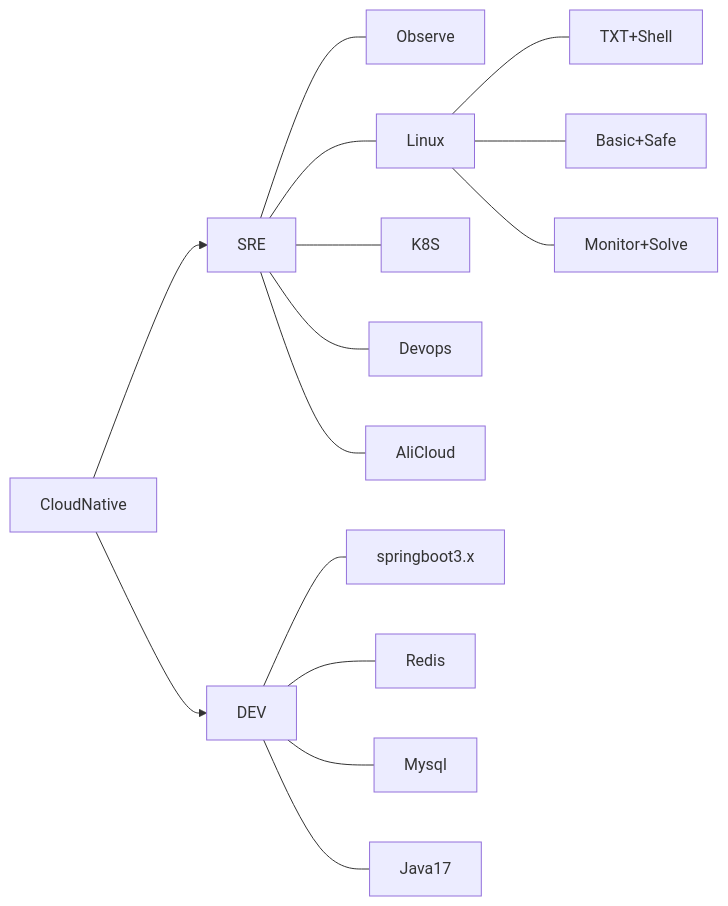
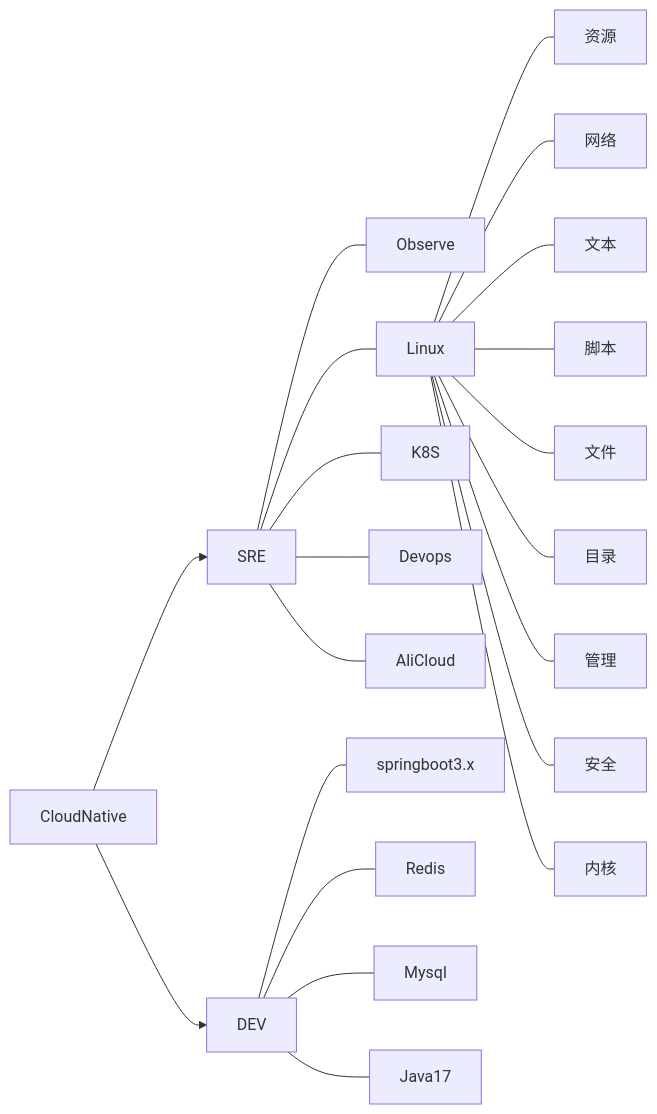
One commit to ZZZZTI/Cloud-Native-knowledge changed the diagram in README.md. Above: the diagram before and after it, drawn with Mermaid.

Commit message:
routinely commit

````diff
--- a/README.md
+++ b/README.md
@@ -9,20 +9,26 @@
 ```mermaid
 graph LR
     CloudNative --> SRE
     CloudNative --> DEV
 
     SRE --- Observe
     SRE --- Linux
     SRE --- K8S
     SRE --- Devops
     SRE --- AliCloud
 
     DEV --- springboot3.x
     DEV --- Redis
     DEV --- Mysql
     DEV --- Java17
     
-    Linux --- TXT+Shell
-    Linux --- Basic+Safe
-    Linux --- Monitor+Solve
+    Linux --- 资源
+    Linux --- 网络
+    Linux --- 文本
+    Linux --- 脚本
+    Linux --- 文件
+    Linux --- 目录
+    Linux --- 管理
+    Linux --- 安全
+    Linux --- 内核
 ```
````
